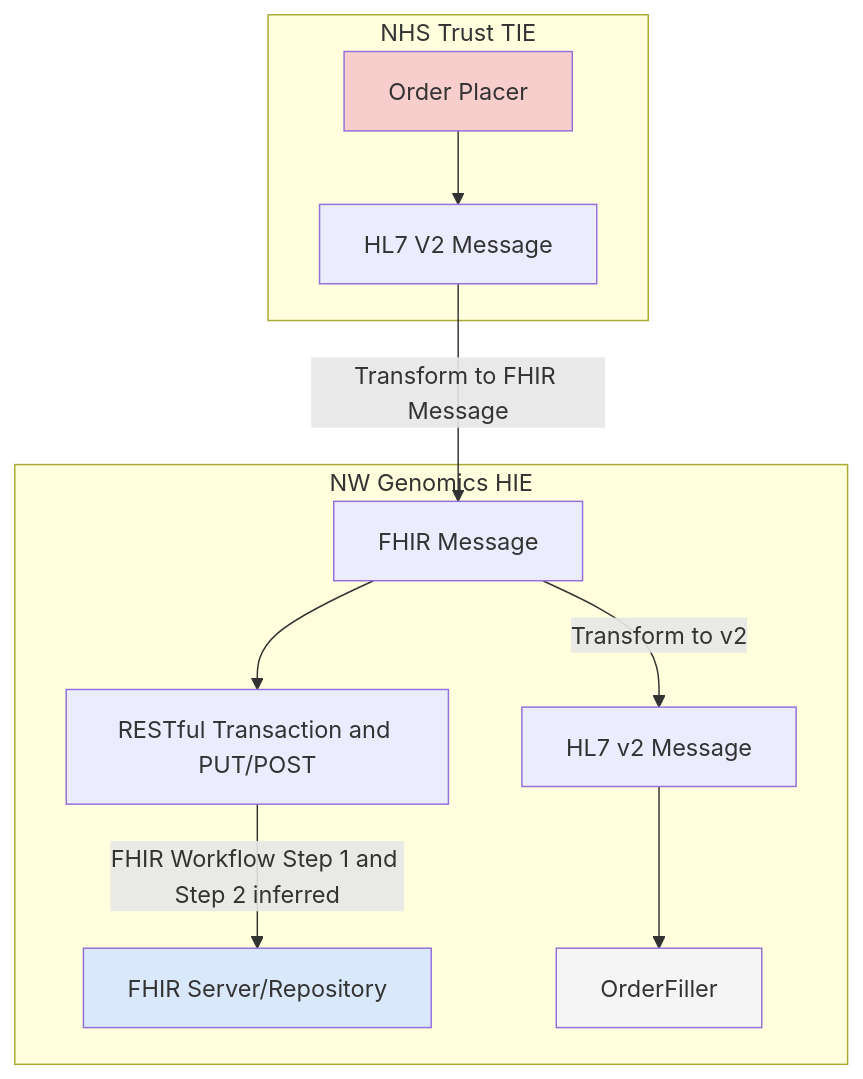
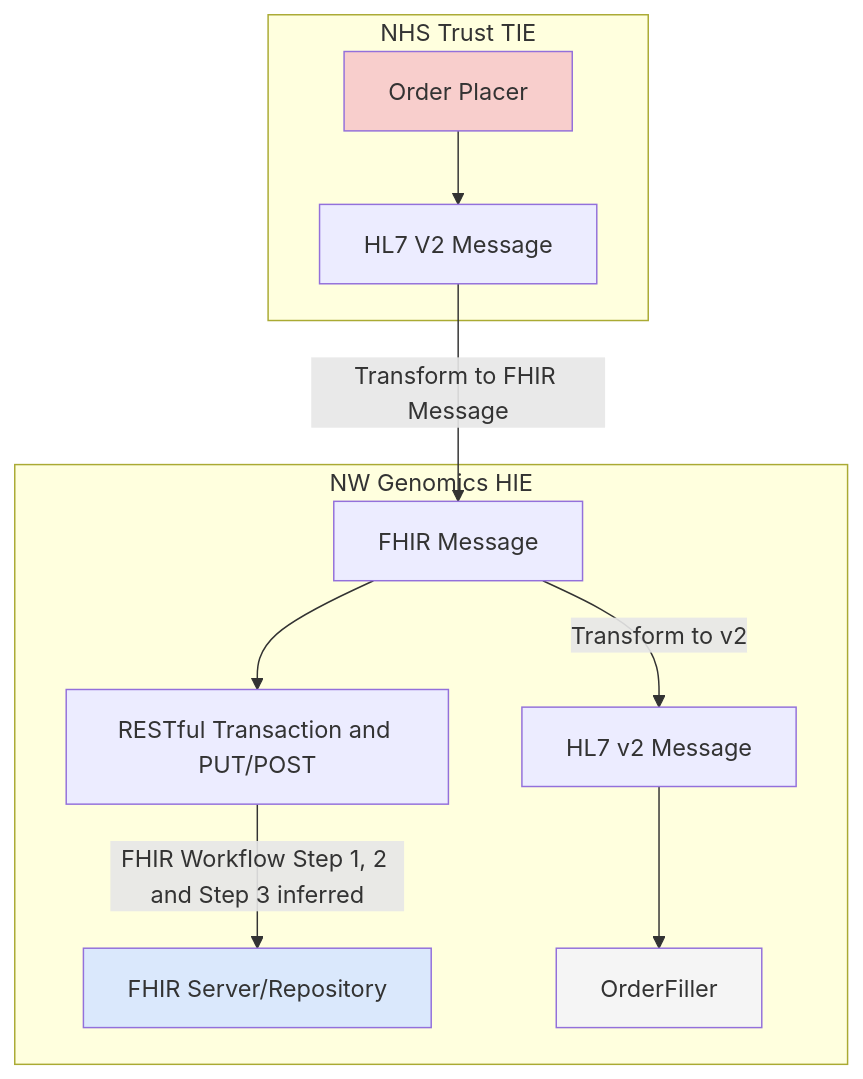
Before and after one commit to uk-gov-mirror/nw-gmsa.nw-gmsa.github.com: the fifth of 8 diagrams in input/pagecontent/interaction-options.md, drawn with Mermaid. The commit also changed other lines of this file, not shown here.

Commit message:
FHIR Workflow options

````diff
--- a/input/pagecontent/interaction-options.md
+++ b/input/pagecontent/interaction-options.md
@@ -137,28 +154,28 @@
 ```mermaid
 graph TD
     subgraph TIE[NHS Trust TIE]
         OrderPlacer[Order Placer] -->  V2Message1[HL7 V2 Message]
     end
 
     subgraph HIE[NW Genomics HIE]
         FHIRMessage[FHIR Message]
         V2Message[HL7 v2 Message]
         Transaction[RESTful Transaction and PUT/POST]
         FHIRRepository[FHIR Server/Repository]
         OrderFiller
     end
     V2Message1 --> |Transform to FHIR Message| FHIRMessage
     FHIRMessage--> |Transform to v2| V2Message
     
     FHIRMessage --> Transaction
     V2Message --> OrderFiller
-    Transaction --> |FHIR Workflow Step 1 and Step 2 inferred| FHIRRepository
+    Transaction --> |FHIR Workflow Step 1, 2 and Step 3 inferred| FHIRRepository
 
     classDef pink fill:#F8CECC
     classDef blue fill:#DAE8FC;
     classDef grey fill:#F5F5F5;
     
     class OrderFiller grey;
     class OrderPlacer pink
     class FHIRRepository blue
 ```
````
